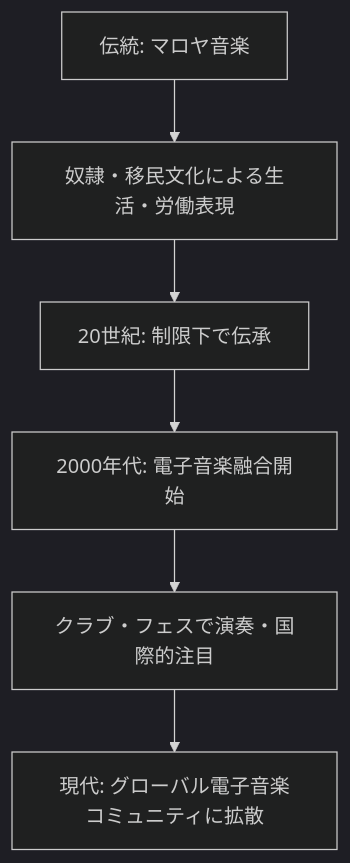
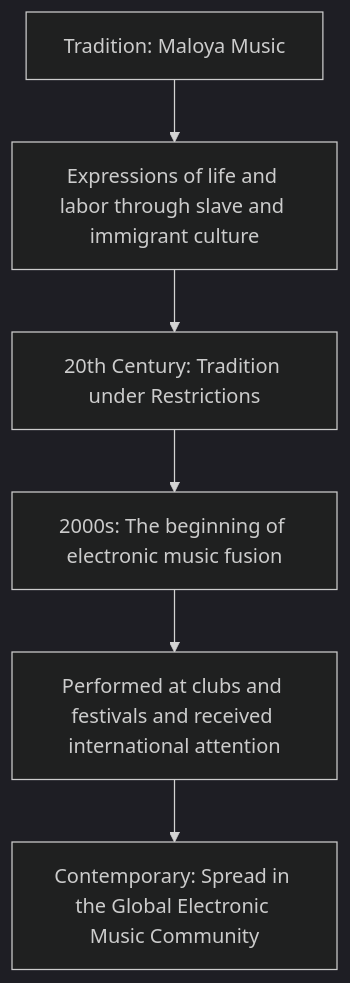
One commit to monumental-movement/monumental-movement.github.io changed the fifth of 6 diagrams in en/_posts/2025-10-04-Column-Nyege-Nyege.md. Above: the diagram before and after it, drawn with Mermaid (dark theme). The commit also changed other lines of this file and 152 other files, not shown here.

```diff
--- a/en/_posts/2025-10-04-Column-Nyege-Nyege.md
+++ b/en/_posts/2025-10-04-Column-Nyege-Nyege.md
@@ -249,10 +249,10 @@
 <div class="mermaid">
 
 flowchart TD
-    A["伝統: マロヤ音楽"] --> B["奴隷・移民文化による生活・労働表現"]
-    B --> C["20世紀: 制限下で伝承"]
-    C --> D["2000年代: 電子音楽融合開始"]
-    D --> E["クラブ・フェスで演奏・国際的注目"]
-    E --> F["現代: グローバル電子音楽コミュニティに拡散"]
+    A["Tradition: Maloya Music"] --> B["Expressions of life and labor through slave and immigrant culture"]
+    B --> C["20th Century: Tradition under Restrictions"]
+    C --> D["2000s: The beginning of electronic music fusion"]
+    D --> E["Performed at clubs and festivals and received international attention"]
+    E --> F["Contemporary: Spread in the Global Electronic Music Community"]
 
 </div>
```
